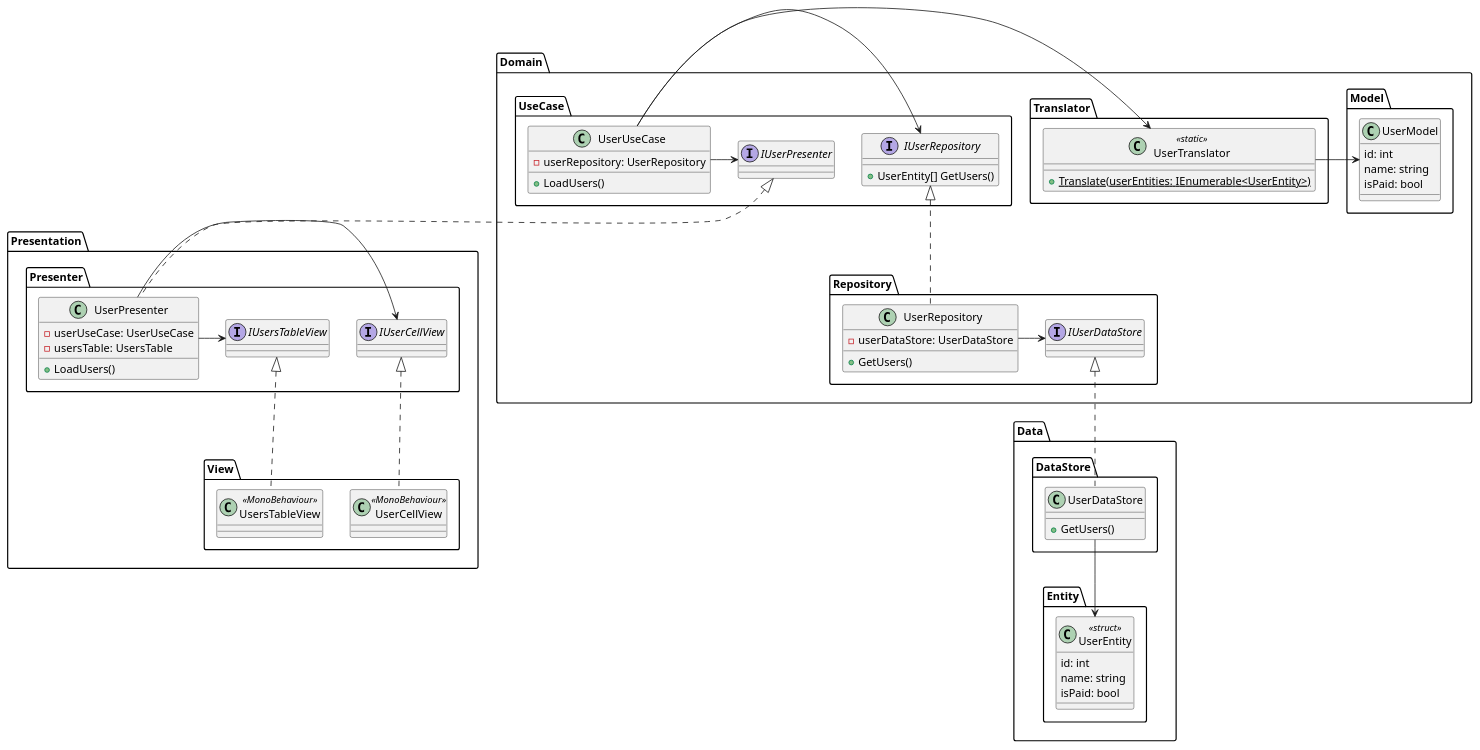
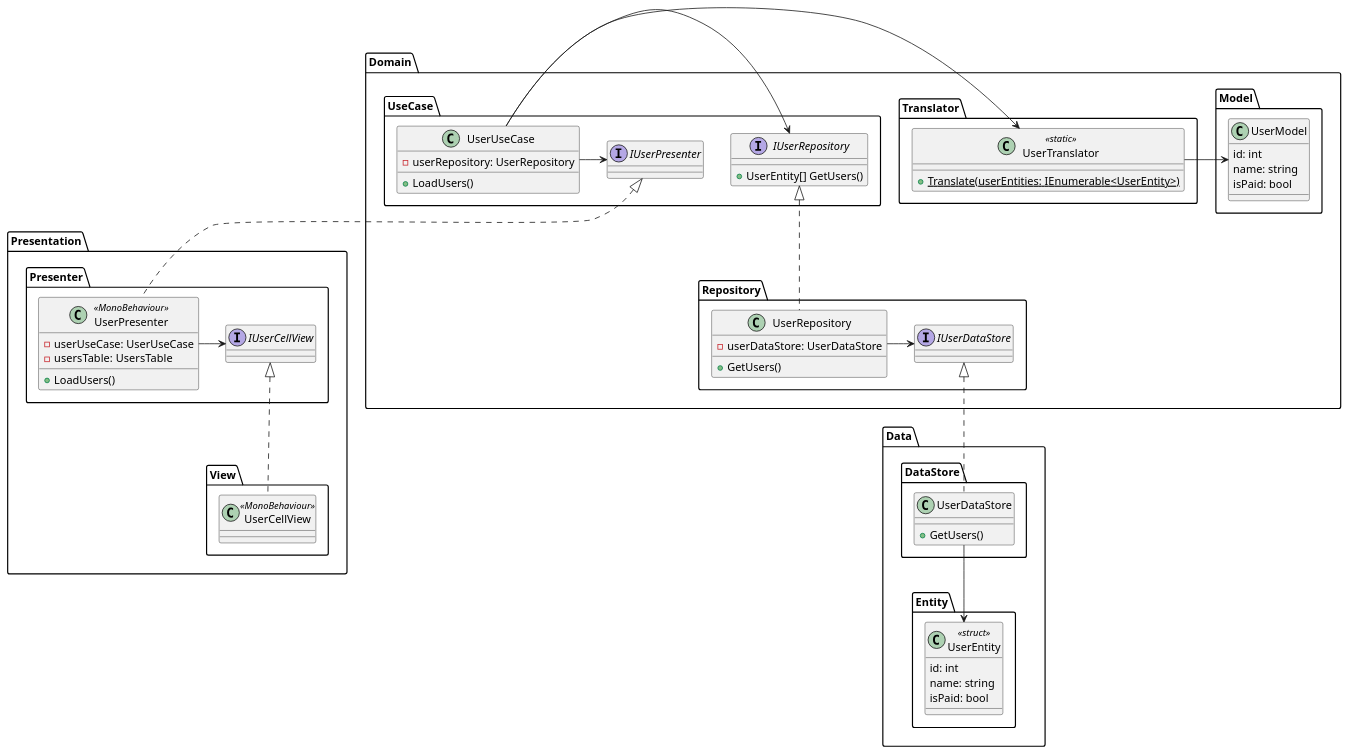
Before and after one commit to ajingu/Quest: the diagram in Architecture/architecture.puml, drawn with PlantUML. The commit also changed 8 other files, not shown here.

Commit message:
Clean Presentation architecture

```diff
--- a/Architecture/architecture.puml
+++ b/Architecture/architecture.puml
@@ -4,134 +4,122 @@
 @startuml
 package Presentation
 {
     package View
     {   
         class UserCellView << MonoBehaviour >>
         {
-            
-        }
-        
-        class UsersTableView << MonoBehaviour >>
-        { 
             
         }
     }
     
     package Presenter
     {
         interface IUserCellView
         {
         
         }
-    
-        interface IUsersTableView
-        {
-        
-        }
-    
-        class UserPresenter
+
+        class UserPresenter << MonoBehaviour >>
         {
             - userUseCase: UserUseCase
             - usersTable: UsersTable
             
             + LoadUsers()
         }
         
         UserPresenter -> IUserCellView
-        UserPresenter -> IUsersTableView
         IUserCellView <|.. UserCellView
-        IUsersTableView <|.. UsersTableView
     }
 }
 
 package Domain
 {
     package Model
     {
         class UserModel
         {
             id: int
             name: string
             isPaid: bool
         }
     }
     
     package Translator
     {
         class UserTranslator <<static>>
         {
             + {static} Translate(userEntities: IEnumerable<UserEntity>)
         }
         
         UserTranslator -> UserModel
     }
     
     package UseCase
     {
         interface IUserPresenter
         {
             
         }
         
         interface IUserRepository
         {
             + UserEntity[] GetUsers()
         }
     
         class UserUseCase
         {
             - userRepository: UserRepository
             + LoadUsers()
         }
         
         UserUseCase -> IUserPresenter
         UserUseCase -> IUserRepository
         UserUseCase -> UserTranslator
         IUserPresenter <|.. UserPresenter
         
         
     }
     
     package Repository
     {
         interface IUserDataStore
         {
         }
     
         class UserRepository
         {
             - userDataStore: UserDataStore
             + GetUsers()
         }
         
         IUserRepository <|.. UserRepository
         UserRepository -> IUserDataStore
     }
 }
 
 package Data
 {
     package DataStore
     {
         class UserDataStore
         {
             + GetUsers()
         }
         
         IUserDataStore <|.. UserDataStore
     }
     
     package Entity
     {
         class UserEntity << struct >>
         {
             id: int
             name: string
             isPaid: bool
         }
     }
     
     UserDataStore -down-> UserEntity
 }
 
 @enduml
```
